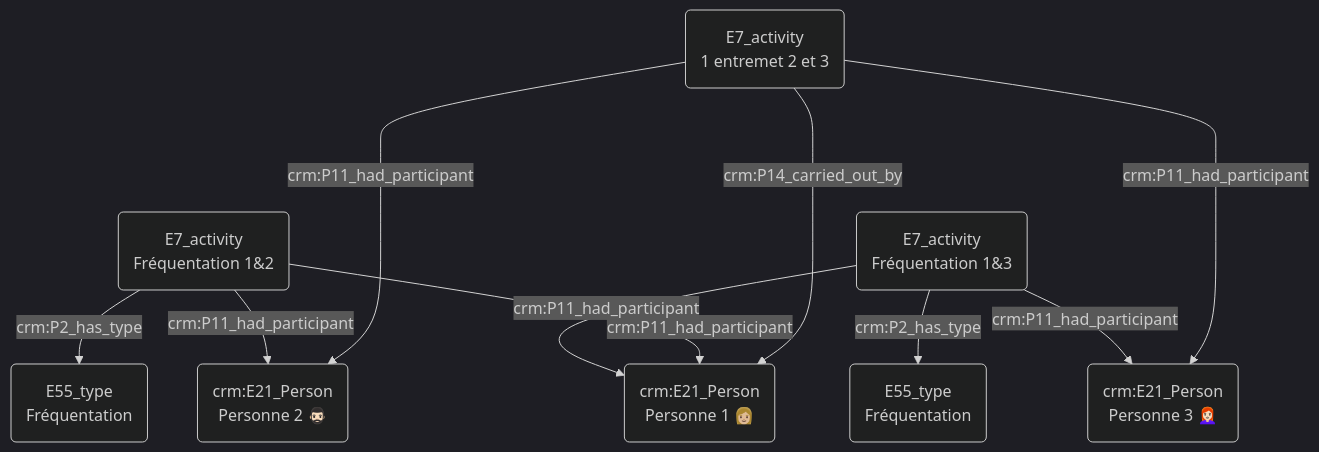
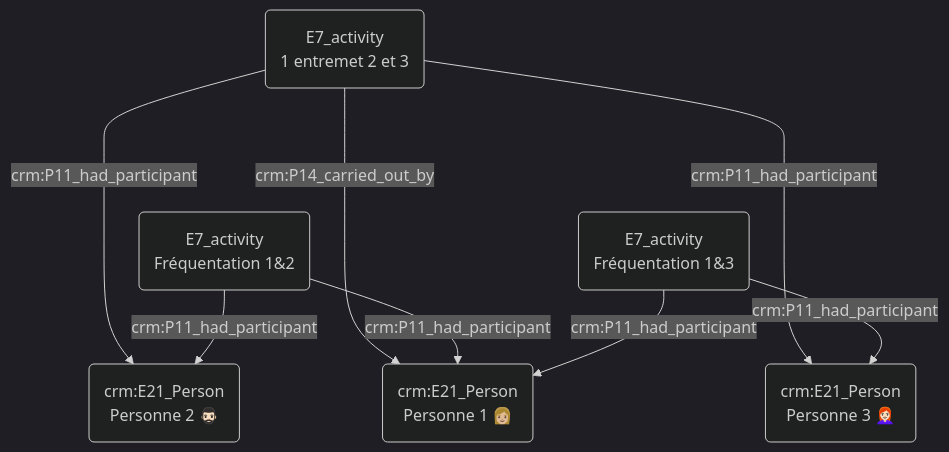
One commit to Amleth/consortium-musica2-gt2-ontologies changed the diagram in modules/livrables/Dossier 2/Prosopographie/rencontre de quelqu'un par le biais d'une tierce personne au sein d'un même lieu.md. Above: the diagram before and after it, drawn with Mermaid (dark theme). The commit also changed other lines of this file, not shown here.

Commit message:
Update rencontre de quelqu'un par le biais d'une tierce personne au sein d'un même lieu.md

````diff
--- a/modules/livrables/Dossier 2/Prosopographie/rencontre de quelqu'un par le biais d'une tierce personne au sein d'un même lieu.md
+++ b/modules/livrables/Dossier 2/Prosopographie/rencontre de quelqu'un par le biais d'une tierce personne au sein d'un même lieu.md
@@ -13,26 +13,21 @@
 ```mermaid
 graph TD;
+
+
+
 
 
 
 O(E7_activity<br>1 entremet 2 et 3) ---->|crm:P11_had_participant| C("crm:E21_Person<br>Personne 2 🧔🏻‍♂️")
 O(E7_activity<br>1 entremet 2 et 3) ---->|crm:P14_carried_out_by| A("crm:E21_Person<br>Personne 1 👩🏼")
 O(E7_activity<br>1 entremet 2 et 3) -->|crm:P11_had_participant| E("crm:E21_Person<br>Personne 3 👩🏻‍🦰")
+
 B(E7_activity<br>Fréquentation 1&2) -->|crm:P11_had_participant| C("crm:E21_Person<br>Personne 2 🧔🏻‍♂️")
-B(E7_activity<br>Fréquentation 1&2) -->|crm:P2_has_type| F(E55_type<br>Fréquentation)
 B(E7_activity<br>Fréquentation 1&2) -->|crm:P11_had_participant| A("crm:E21_Person<br>Personne 1 👩🏼")
 
-
-
-
-
-
-
 D(E7_activity<br>Fréquentation 1&3) -->|crm:P11_had_participant| A("crm:E21_Person<br>Personne 1 👩🏼")
-D(E7_activity<br>Fréquentation 1&3) -->|crm:P2_has_type| G(E55_type<br>Fréquentation)
 D(E7_activity<br>Fréquentation 1&3) -->|crm:P11_had_participant| E("crm:E21_Person<br>Personne 3 👩🏻‍🦰")
 
 
 
-
 ```
````
